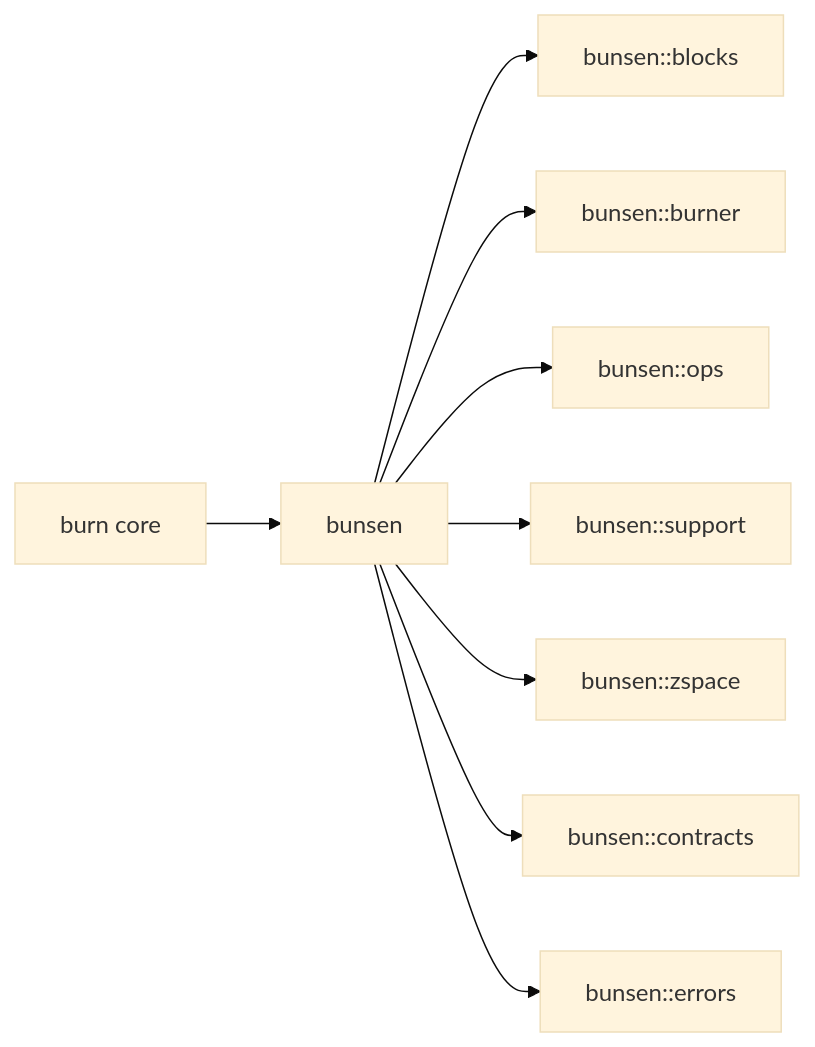
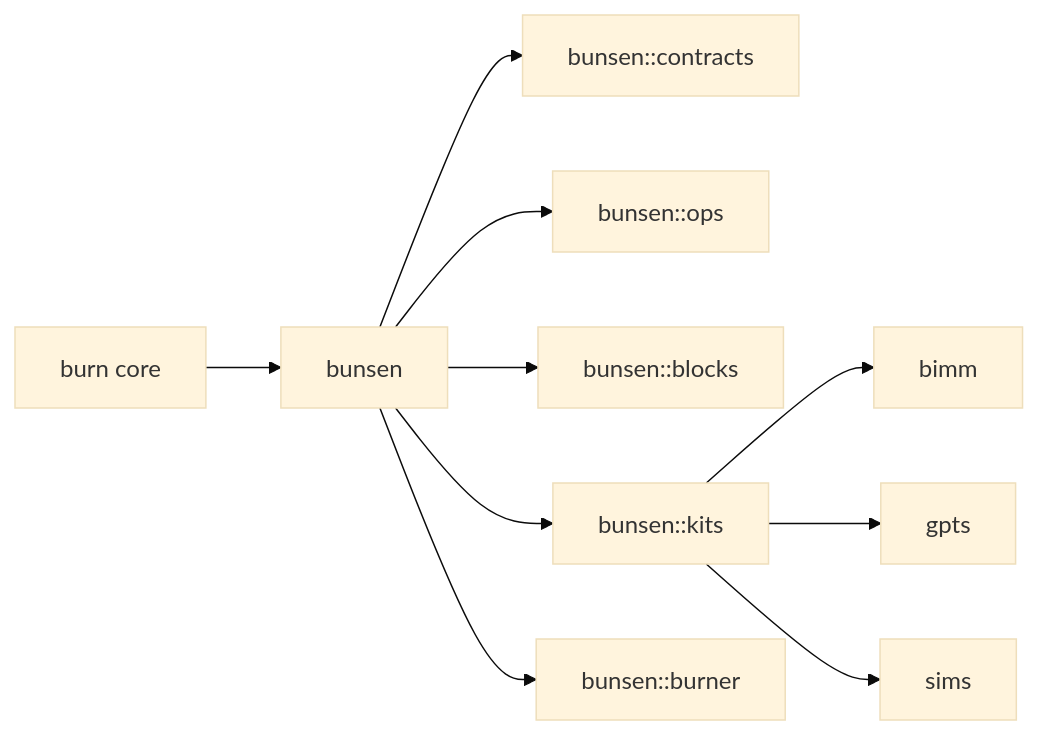
Before and after one commit to zspacelabs/bunsen: the diagram in book/src/introduction.md, drawn with Mermaid (base theme). The commit also changed other lines of this file and 43 other files, not shown here.

````diff
--- a/book/src/introduction.md
+++ b/book/src/introduction.md
@@ -15,11 +15,12 @@
 ```mermaid
 flowchart LR
     burn[burn core] --> bunsen
+    bunsen --> contracts[bunsen::contracts]
+    bunsen --> ops[bunsen::ops]
     bunsen --> blocks[bunsen::blocks]
+    bunsen --> kits[bunsen::kits]
+    kits --> bimm[bimm]
+    kits --> gpts[gpts]
+    kits --> sims[sims]
     bunsen --> burner[bunsen::burner]
-    bunsen --> ops[bunsen::ops]
-    bunsen --> support[bunsen::support]
-    bunsen --> zspace[bunsen::zspace]
-    bunsen --> contracts[bunsen::contracts]
-    bunsen --> errors[bunsen::errors]
 ```
````
